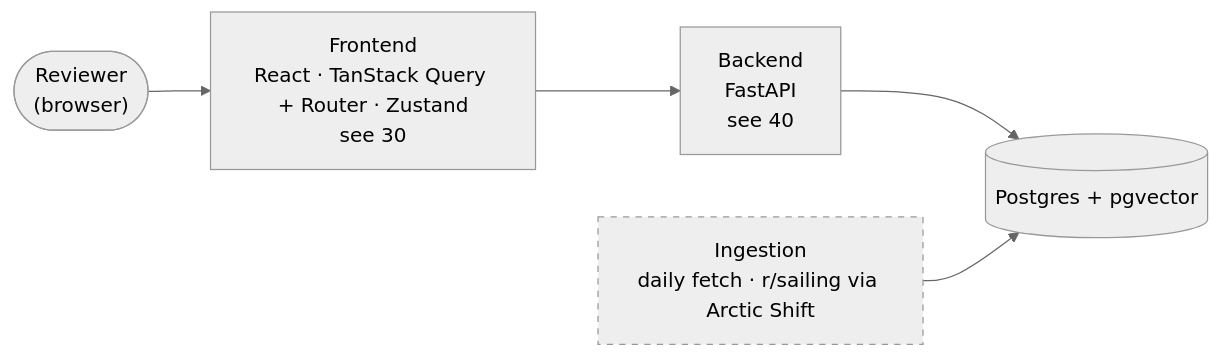
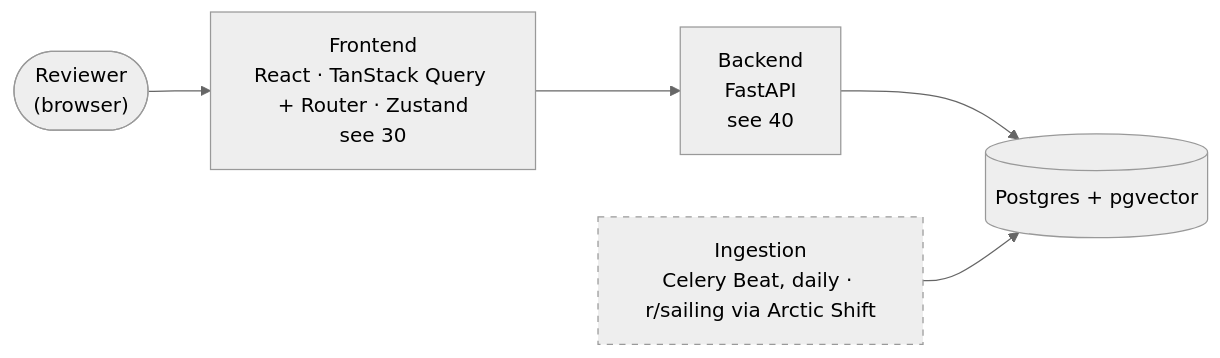
Before and after one commit to brianaderer/transcendent: the diagram in docs/atlas/01-system-map.md, drawn with Mermaid (neutral theme). The commit also changed 1 other file, not shown here.

Commit message:
Atlas: 40 (draft) Celery + Beat for daily archive pulls and agent jobs

````diff
--- a/docs/atlas/01-system-map.md
+++ b/docs/atlas/01-system-map.md
@@ -9,16 +9,16 @@
 ```mermaid
 flowchart LR
     USER(["Reviewer<br/>(browser)"])
     FE["Frontend<br/>React · TanStack Query + Router · Zustand<br/>see 30"]
     API["Backend<br/>FastAPI<br/>see 40"]
     STORE[("Postgres + pgvector")]
-    INGEST["Ingestion<br/>daily fetch · r/sailing via Arctic Shift"]
+    INGEST["Ingestion<br/>Celery Beat, daily · r/sailing via Arctic Shift"]
 
     USER --> FE
     FE --> API
     API --> STORE
     INGEST --> STORE
 
     classDef open stroke-dasharray: 5 5
     class INGEST open
 ```
````
